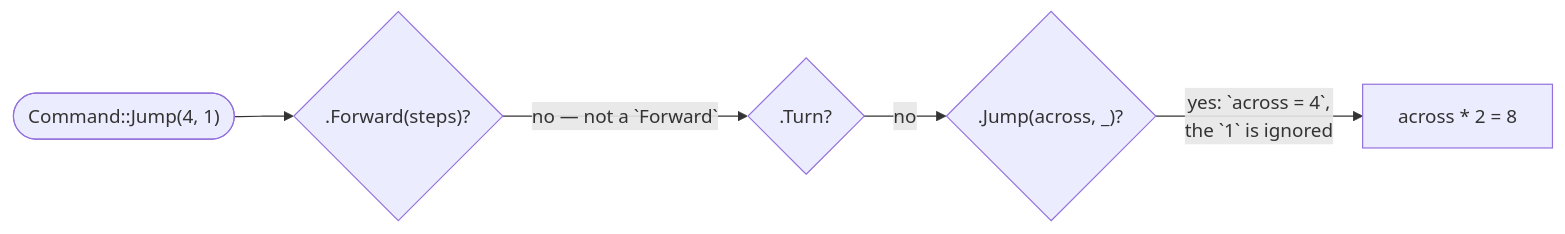
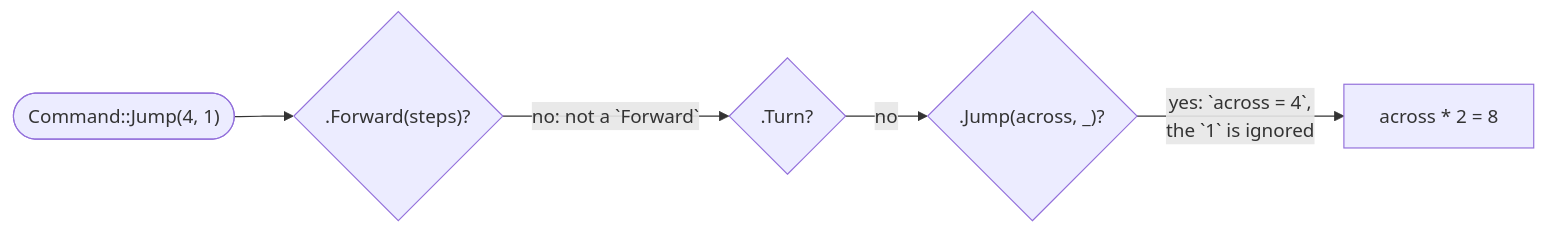
One commit to rux-lang/Web changed the diagram in content/docs/1.learn/06.types/11.variant-match.md. Above: the diagram before and after it, drawn with Mermaid. The commit also changed 46 other files, not shown here.

First line of the commit message:
Fit the course diagrams on phone screens

````diff
--- a/content/docs/1.learn/06.types/11.variant-match.md
+++ b/content/docs/1.learn/06.types/11.variant-match.md
@@ -55,7 +55,7 @@
 ```mermaid
 flowchart LR
     c(["`Command::Jump(4, 1)`"]) --> f{"`.Forward(steps)?`"}
-    f -- "no — not a `Forward`" --> t{"`.Turn?`"}
+    f -- "no: not a `Forward`" --> t{"`.Turn?`"}
     t -- "no" --> j{"`.Jump(across, _)?`"}
     j -- "yes: `across = 4`,<br/>the `1` is ignored" --> r["`across * 2 = 8`"]
 ```
````
